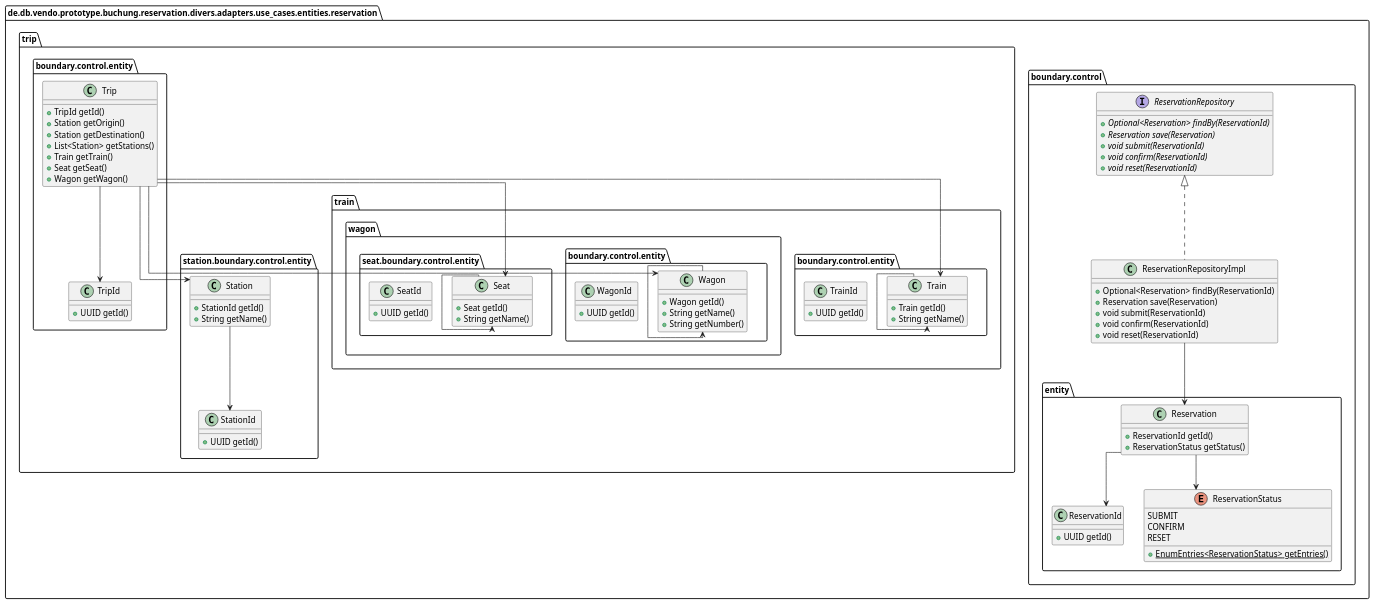
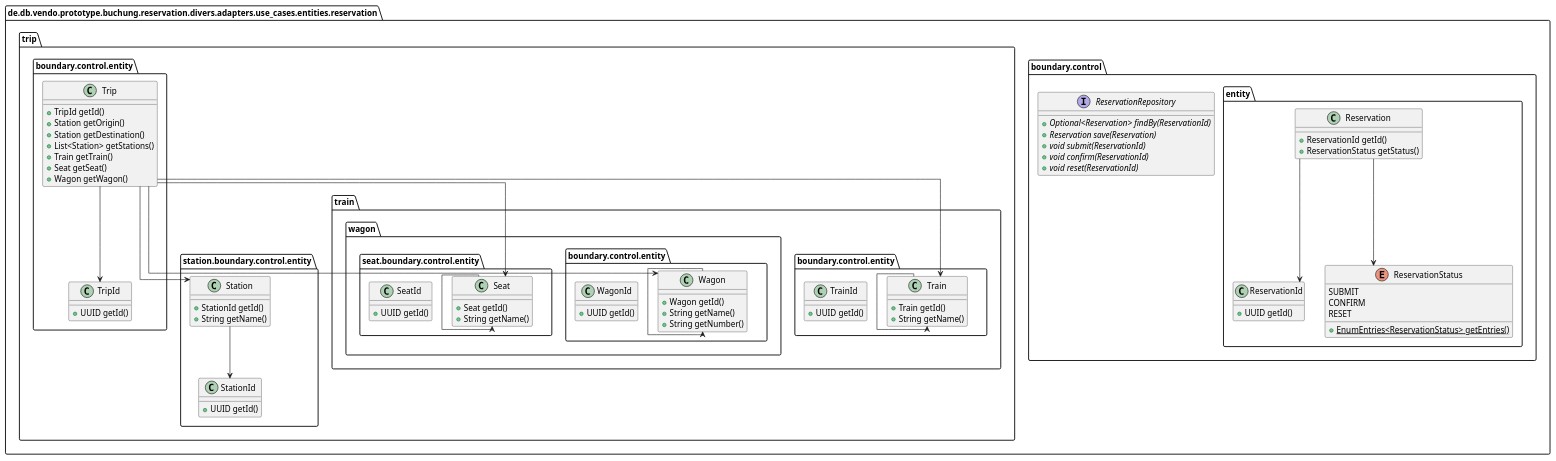
The diagram in doc/uml/puml/er-model.puml (punkratz312/reservation-proto), drawn with PlantUML before and after one commit. The commit also changed 12 other files, not shown here.

```diff
--- a/doc/uml/puml/er-model.puml
+++ b/doc/uml/puml/er-model.puml
@@ -1,88 +1,79 @@
 @startuml
 !pragma useIntermediatePackages false
 skinparam linetype ortho
 show stereotype
 
 interface "ReservationRepository" as de.db.vendo.prototype.buchung.reservation.divers.adapters.use_cases.entities.reservation.boundary.control.ReservationRepository {
   + {abstract}Optional<Reservation> findBy(ReservationId)
   + {abstract}Reservation save(Reservation)
   + {abstract}void submit(ReservationId)
   + {abstract}void confirm(ReservationId)
   + {abstract}void reset(ReservationId)
-}
-class "ReservationRepositoryImpl" as de.db.vendo.prototype.buchung.reservation.divers.adapters.use_cases.entities.reservation.boundary.control.ReservationRepositoryImpl {
-  +Optional<Reservation> findBy(ReservationId)
-  +Reservation save(Reservation)
-  +void submit(ReservationId)
-  +void confirm(ReservationId)
-  +void reset(ReservationId)
 }
 class "Reservation" as de.db.vendo.prototype.buchung.reservation.divers.adapters.use_cases.entities.reservation.boundary.control.entity.Reservation {
   +ReservationId getId()
   +ReservationStatus getStatus()
 }
 class "ReservationId" as de.db.vendo.prototype.buchung.reservation.divers.adapters.use_cases.entities.reservation.boundary.control.entity.ReservationId {
   +UUID getId()
 }
 enum "ReservationStatus" as de.db.vendo.prototype.buchung.reservation.divers.adapters.use_cases.entities.reservation.boundary.control.entity.ReservationStatus {
   SUBMIT
   CONFIRM
   RESET
   __
   + {static}EnumEntries<ReservationStatus> getEntries()
 }
 class "Trip" as de.db.vendo.prototype.buchung.reservation.divers.adapters.use_cases.entities.reservation.trip.boundary.control.entity.Trip {
   +TripId getId()
   +Station getOrigin()
   +Station getDestination()
   +List<Station> getStations()
   +Train getTrain()
   +Seat getSeat()
   +Wagon getWagon()
 }
 class "TripId" as de.db.vendo.prototype.buchung.reservation.divers.adapters.use_cases.entities.reservation.trip.boundary.control.entity.TripId {
   +UUID getId()
 }
 class "Station" as de.db.vendo.prototype.buchung.reservation.divers.adapters.use_cases.entities.reservation.trip.station.boundary.control.entity.Station {
   +StationId getId()
   +String getName()
 }
 class "StationId" as de.db.vendo.prototype.buchung.reservation.divers.adapters.use_cases.entities.reservation.trip.station.boundary.control.entity.StationId {
   +UUID getId()
 }
 class "Train" as de.db.vendo.prototype.buchung.reservation.divers.adapters.use_cases.entities.reservation.trip.train.boundary.control.entity.Train {
   +Train getId()
   +String getName()
 }
 class "TrainId" as de.db.vendo.prototype.buchung.reservation.divers.adapters.use_cases.entities.reservation.trip.train.boundary.control.entity.TrainId {
   +UUID getId()
 }
 class "Wagon" as de.db.vendo.prototype.buchung.reservation.divers.adapters.use_cases.entities.reservation.trip.train.wagon.boundary.control.entity.Wagon {
   +Wagon getId()
   +String getName()
   +String getNumber()
 }
 class "WagonId" as de.db.vendo.prototype.buchung.reservation.divers.adapters.use_cases.entities.reservation.trip.train.wagon.boundary.control.entity.WagonId {
   +UUID getId()
 }
 class "Seat" as de.db.vendo.prototype.buchung.reservation.divers.adapters.use_cases.entities.reservation.trip.train.wagon.seat.boundary.control.entity.Seat {
   +Seat getId()
   +String getName()
 }
 class "SeatId" as de.db.vendo.prototype.buchung.reservation.divers.adapters.use_cases.entities.reservation.trip.train.wagon.seat.boundary.control.entity.SeatId {
   +UUID getId()
 }
-de.db.vendo.prototype.buchung.reservation.divers.adapters.use_cases.entities.reservation.boundary.control.ReservationRepositoryImpl .u.|> de.db.vendo.prototype.buchung.reservation.divers.adapters.use_cases.entities.reservation.boundary.control.ReservationRepository
-de.db.vendo.prototype.buchung.reservation.divers.adapters.use_cases.entities.reservation.boundary.control.ReservationRepositoryImpl --> de.db.vendo.prototype.buchung.reservation.divers.adapters.use_cases.entities.reservation.boundary.control.entity.Reservation
 de.db.vendo.prototype.buchung.reservation.divers.adapters.use_cases.entities.reservation.boundary.control.entity.Reservation --> de.db.vendo.prototype.buchung.reservation.divers.adapters.use_cases.entities.reservation.boundary.control.entity.ReservationId
 de.db.vendo.prototype.buchung.reservation.divers.adapters.use_cases.entities.reservation.boundary.control.entity.Reservation --> de.db.vendo.prototype.buchung.reservation.divers.adapters.use_cases.entities.reservation.boundary.control.entity.ReservationStatus
 de.db.vendo.prototype.buchung.reservation.divers.adapters.use_cases.entities.reservation.trip.boundary.control.entity.Trip --> de.db.vendo.prototype.buchung.reservation.divers.adapters.use_cases.entities.reservation.trip.boundary.control.entity.TripId
 de.db.vendo.prototype.buchung.reservation.divers.adapters.use_cases.entities.reservation.trip.boundary.control.entity.Trip --> de.db.vendo.prototype.buchung.reservation.divers.adapters.use_cases.entities.reservation.trip.station.boundary.control.entity.Station
 de.db.vendo.prototype.buchung.reservation.divers.adapters.use_cases.entities.reservation.trip.boundary.control.entity.Trip --> de.db.vendo.prototype.buchung.reservation.divers.adapters.use_cases.entities.reservation.trip.train.wagon.seat.boundary.control.entity.Seat
 de.db.vendo.prototype.buchung.reservation.divers.adapters.use_cases.entities.reservation.trip.boundary.control.entity.Trip --> de.db.vendo.prototype.buchung.reservation.divers.adapters.use_cases.entities.reservation.trip.train.boundary.control.entity.Train
 de.db.vendo.prototype.buchung.reservation.divers.adapters.use_cases.entities.reservation.trip.boundary.control.entity.Trip --> de.db.vendo.prototype.buchung.reservation.divers.adapters.use_cases.entities.reservation.trip.train.wagon.boundary.control.entity.Wagon
 de.db.vendo.prototype.buchung.reservation.divers.adapters.use_cases.entities.reservation.trip.station.boundary.control.entity.Station --> de.db.vendo.prototype.buchung.reservation.divers.adapters.use_cases.entities.reservation.trip.station.boundary.control.entity.StationId
 de.db.vendo.prototype.buchung.reservation.divers.adapters.use_cases.entities.reservation.trip.train.boundary.control.entity.Train --> de.db.vendo.prototype.buchung.reservation.divers.adapters.use_cases.entities.reservation.trip.train.boundary.control.entity.Train
 de.db.vendo.prototype.buchung.reservation.divers.adapters.use_cases.entities.reservation.trip.train.wagon.boundary.control.entity.Wagon --> de.db.vendo.prototype.buchung.reservation.divers.adapters.use_cases.entities.reservation.trip.train.wagon.boundary.control.entity.Wagon
 de.db.vendo.prototype.buchung.reservation.divers.adapters.use_cases.entities.reservation.trip.train.wagon.seat.boundary.control.entity.Seat --> de.db.vendo.prototype.buchung.reservation.divers.adapters.use_cases.entities.reservation.trip.train.wagon.seat.boundary.control.entity.Seat
 @enduml
```
